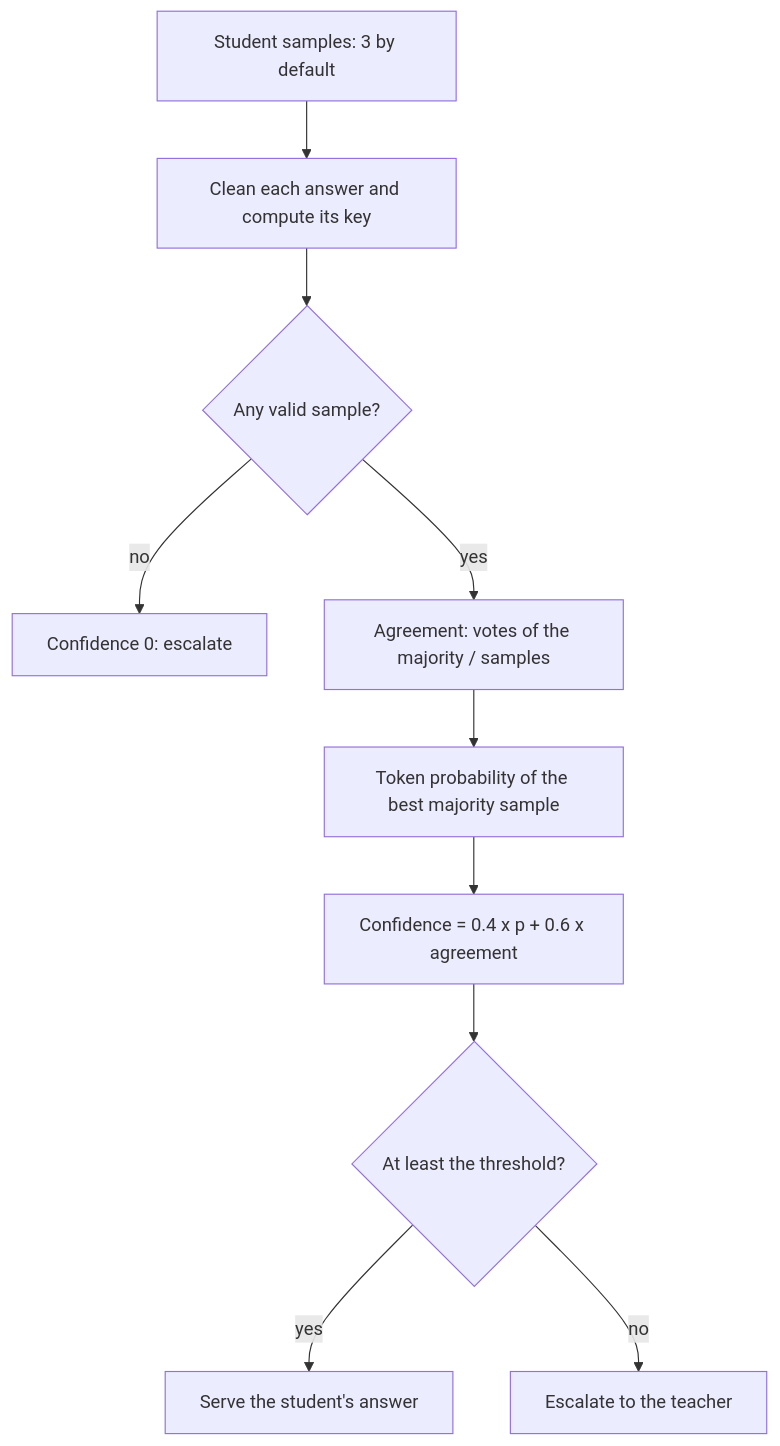
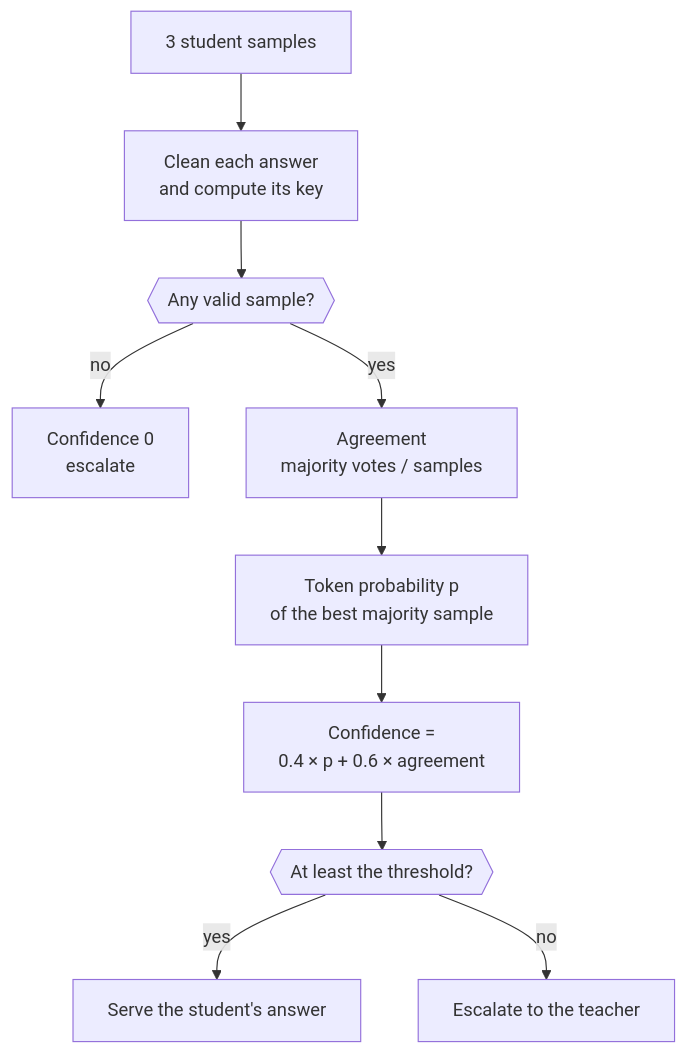
Before and after one commit to harshbhx/ratchet: the second of 4 diagrams in docs-site/src/content/docs/guides/confidence.mdx, drawn with Mermaid. The commit also changed other lines of this file and 25 other files, not shown here.

````diff
--- a/docs-site/src/content/docs/guides/confidence.mdx
+++ b/docs-site/src/content/docs/guides/confidence.mdx
@@ -70,12 +95,16 @@
 ```mermaid
-flowchart TD
-  S["Student samples: 3 by default"] --> K["Clean each answer and compute its key"]
-  K --> V{"Any valid sample?"}
-  V -->|no| Z["Confidence 0: escalate"]
-  V -->|yes| A["Agreement: votes of the majority / samples"]
-  A --> P["Token probability of the best majority sample"]
-  P --> C["Confidence = 0.4 x p + 0.6 x agreement"]
-  C --> T{"At least the threshold?"}
+flowchart TB
+  S["3 student samples"] --> K["Clean each answer<br/>and compute its key"]
+  K --> V{{"Any valid sample?"}}
+  V -->|no| Z["Confidence 0<br/>escalate"]
+  V -->|yes| A["Agreement<br/>majority votes / samples"]
+  A --> P["Token probability p<br/>of the best majority sample"]
+  P --> C["Confidence =<br/>0.4 × p + 0.6 × agreement"]
+  C --> T{{"At least the threshold?"}}
   T -->|yes| Serve["Serve the student's answer"]
   T -->|no| Esc["Escalate to the teacher"]
+
+  class S,Serve student
+  class V,T gate
+  class Z,Esc teacher
 ```
````
